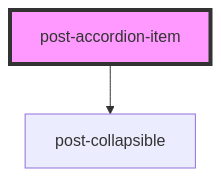
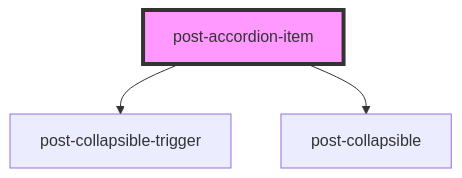
Before and after one commit to swisspost/design-system: the diagram in packages/components/src/components/post-accordion-item/readme.md, drawn with Mermaid. The commit also changed other lines of this file and 5 other files, not shown here.

Commit message:
chore(components): use the post-collapsible-trigger within the post-accordion-item

````diff
--- a/packages/components/src/components/post-accordion-item/readme.md
+++ b/packages/components/src/components/post-accordion-item/readme.md
@@ -57,5 +58,6 @@
 ```mermaid
 graph TD;
+  post-accordion-item --> post-collapsible-trigger
   post-accordion-item --> post-collapsible
   style post-accordion-item fill:#f9f,stroke:#333,stroke-width:4px
 ```
````
